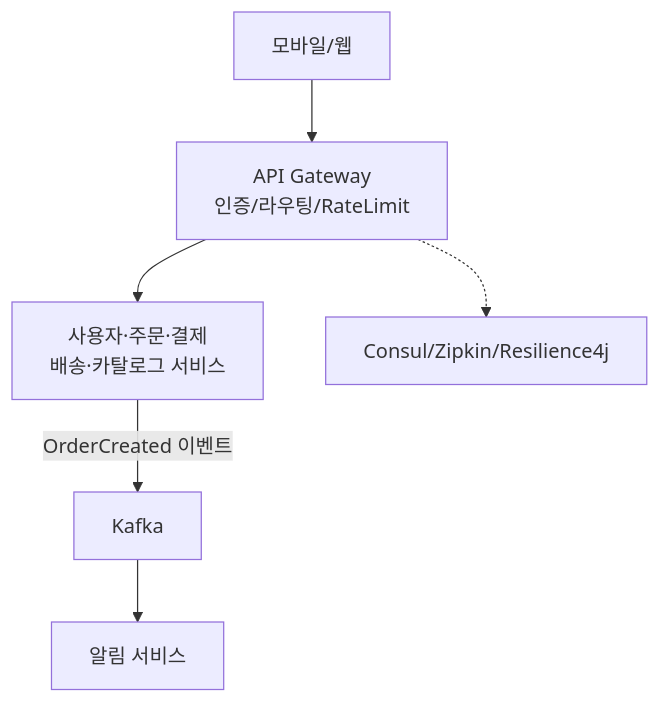
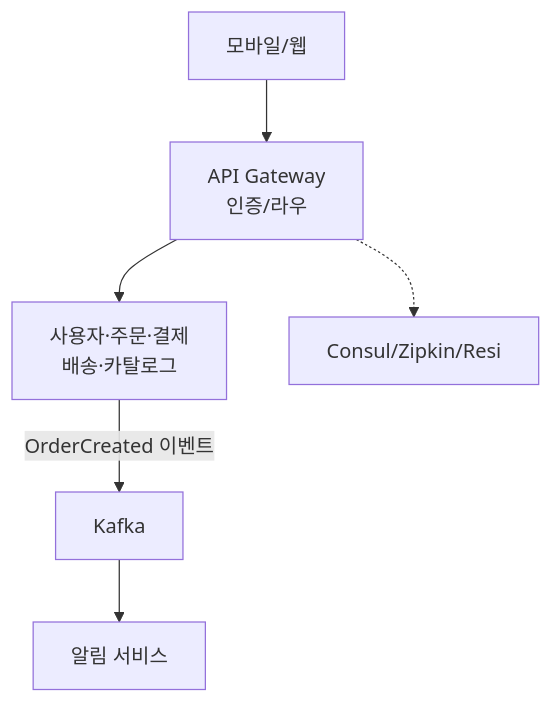
One commit to yjkim2015/yjkim2015.github.io changed the fifth of 15 diagrams in _posts/architecture/2026-05-02-msa-deep.md. Above: the diagram before and after it, drawn with Mermaid. The commit also changed other lines of this file and 271 other files, not shown here.

First line of the commit message:
Mermaid 라벨 축소: 긴 노드 텍스트 18자 이하로 트림 + \n 제거

````diff
--- a/_posts/architecture/2026-05-02-msa-deep.md
+++ b/_posts/architecture/2026-05-02-msa-deep.md
@@ -92,8 +92,8 @@
 ```mermaid
 graph TD
-    Client["모바일/웹"] --> AG["API Gateway\n인증/라우팅/RateLimit"]
-    AG --> Services["사용자·주문·결제\n배송·카탈로그 서비스"]
+    Client["모바일/웹"] --> AG["API Gateway\n인증/라우"]
+    AG --> Services["사용자·주문·결제\n배송·카탈로그"]
     Services -->|"OrderCreated 이벤트"| Kafka["Kafka"]
     Kafka --> Notify["알림 서비스"]
-    AG -.-> Infra["Consul/Zipkin/Resilience4j"]
+    AG -.-> Infra["Consul/Zipkin/Resi"]
 ```
````
